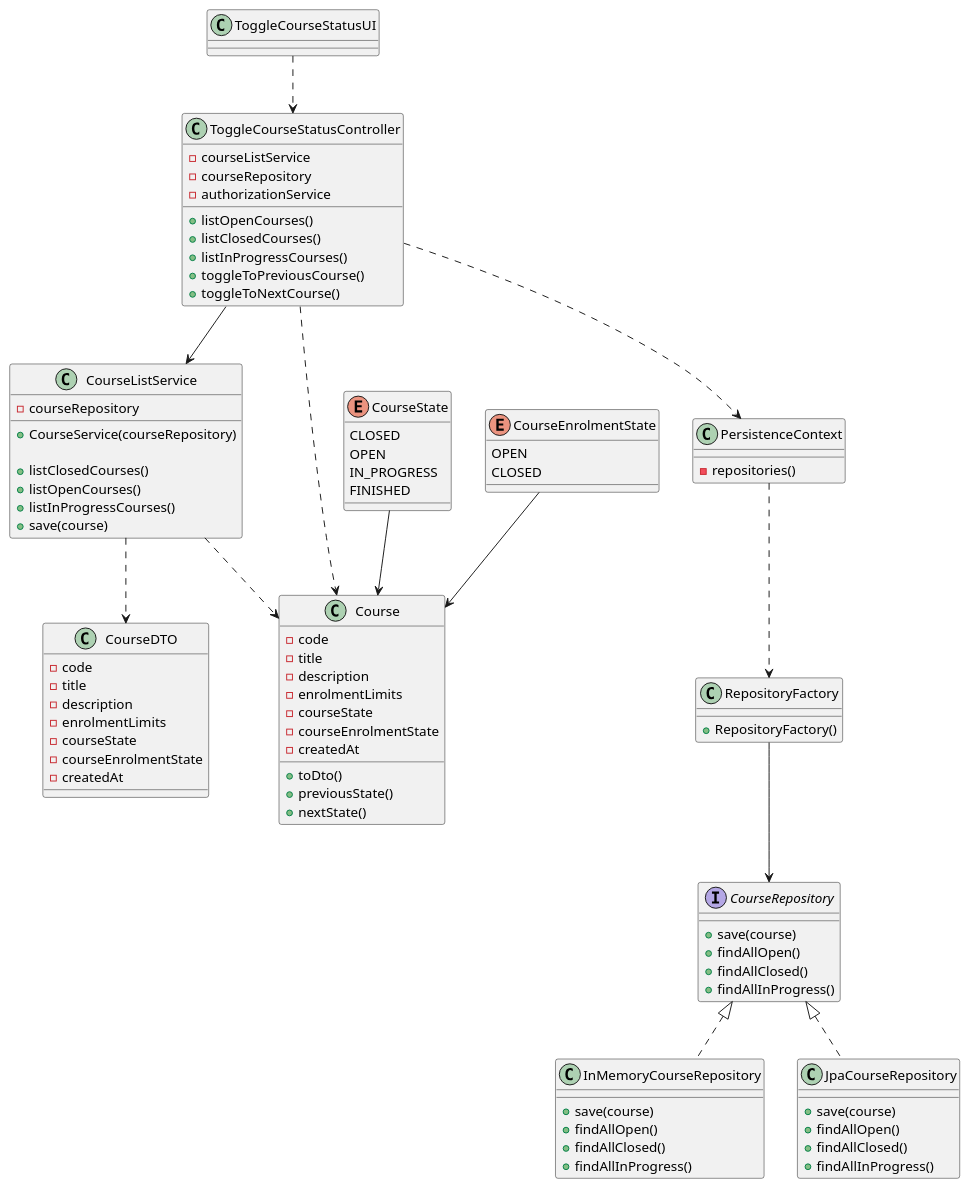
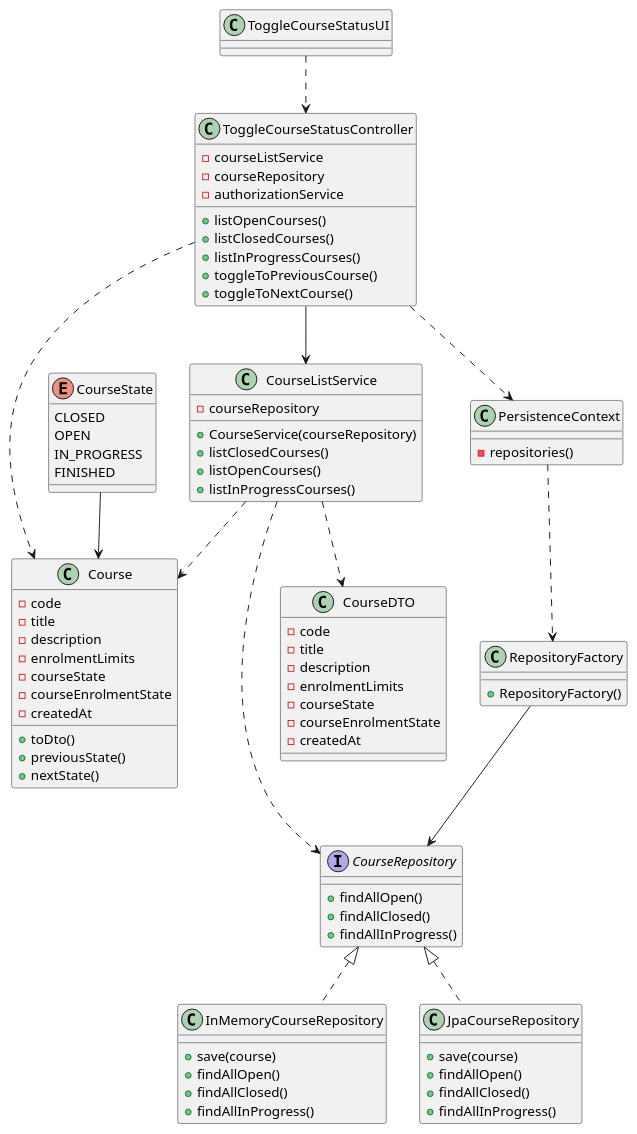
One commit to miseEnPlace-dev/lapr4 changed the diagram in docs/sprint-b/us10-1004/US1004_CD.puml. Above: the diagram before and after it, drawn with PlantUML. The commit also changed 11 other files, not shown here.

```diff
--- a/docs/sprint-b/us10-1004/US1004_CD.puml
+++ b/docs/sprint-b/us10-1004/US1004_CD.puml
@@ -1,113 +1,105 @@
 @startuml US1004_CD
 
 class ToggleCourseStatusUI {
 
 }
 
 class ToggleCourseStatusController {
 - courseListService
 - courseRepository
 - authorizationService
 + listOpenCourses()
 + listClosedCourses()
 + listInProgressCourses()
 + toggleToPreviousCourse()
 + toggleToNextCourse()
 }
 
 
 class Course {
   - code
   - title
   - description
   - enrolmentLimits
   - courseState
   - courseEnrolmentState
   - createdAt
   + toDto()
   + previousState()
   + nextState()
 }
 
 class RepositoryFactory {
   + RepositoryFactory()
 }
 
 interface CourseRepository {
-  + save(course)
+
   + findAllOpen()
   + findAllClosed()
   + findAllInProgress()
 }
 
 class CourseListService {
   - courseRepository
 
   + CourseService(courseRepository)
-
   + listClosedCourses()
   + listOpenCourses()
   + listInProgressCourses()
-  + save(course)
 }
 
 class CourseDTO {
   - code
   - title
   - description
   - enrolmentLimits
   - courseState
   - courseEnrolmentState
   - createdAt
 }
 
 class InMemoryCourseRepository {
   + save(course)
   + findAllOpen()
   + findAllClosed()
   + findAllInProgress()
 }
 
 class JpaCourseRepository {
   + save(course)
   + findAllOpen()
   + findAllClosed()
   + findAllInProgress()
 }
 
 class PersistenceContext {
   - repositories()
 }
 
 
 enum CourseState {
   CLOSED
   OPEN
   IN_PROGRESS
   FINISHED
 }
 
-
-
-enum CourseEnrolmentState {
-  OPEN
-  CLOSED
-}
-
 CourseState --> Course
-CourseEnrolmentState --> Course
 
 PersistenceContext ..> RepositoryFactory
 RepositoryFactory --> CourseRepository
 
 CourseRepository <|.. InMemoryCourseRepository
 CourseRepository <|.. JpaCourseRepository
 ToggleCourseStatusController ..> PersistenceContext
 ToggleCourseStatusController ..> Course
 ToggleCourseStatusUI ..> ToggleCourseStatusController
 
 CourseListService ..> Course
 CourseListService ..> CourseDTO
+CourseListService ..> CourseRepository
+
 ToggleCourseStatusController --> CourseListService
 
 @enduml
```
